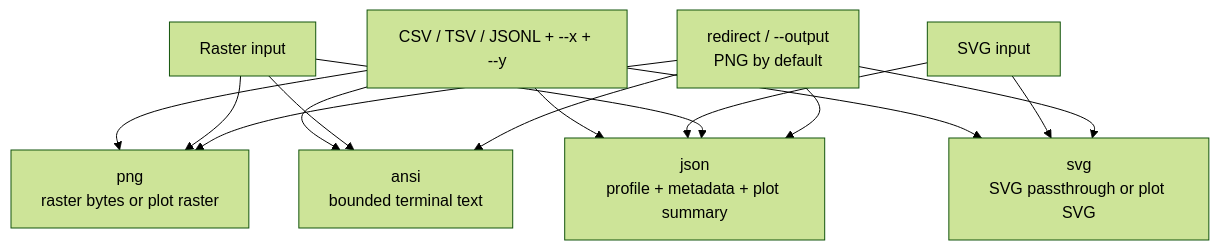
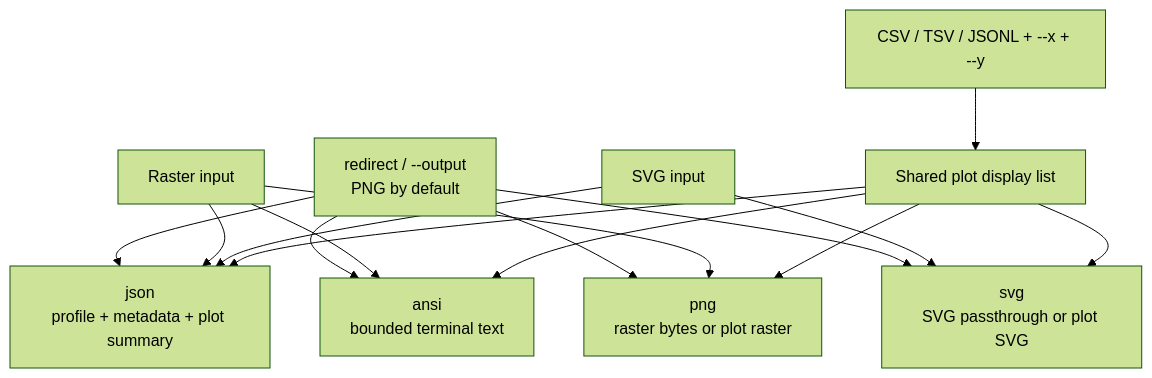
One commit to siriusctrl/termviz changed the third of 3 diagrams in README.md. Above: the diagram before and after it, drawn with Mermaid (forest theme). The commit also changed other lines of this file and 13 other files, not shown here.

First line of the commit message:
feat: share plot display list rendering

````diff
--- a/README.md
+++ b/README.md
@@ -175,19 +177,20 @@
 ```mermaid
 flowchart TD
     export["redirect / --output\nPNG by default"] --> png["png\nraster bytes or plot raster"]
     export --> json["json\nprofile + metadata + plot summary"]
     export --> ansi["ansi\nbounded terminal text"]
     export --> svg["svg\nSVG passthrough or plot SVG"]
 
     raster["Raster input"] --> json
     raster --> ansi
     raster --> png
 
     svg_input["SVG input"] --> json
     svg_input --> svg
 
-    plot["CSV / TSV / JSONL + --x + --y"] --> json
-    plot --> ansi
-    plot --> png
-    plot --> svg
+    plot["CSV / TSV / JSONL + --x + --y"] --> display_list["Shared plot display list"]
+    display_list --> json
+    display_list --> ansi
+    display_list --> png
+    display_list --> svg
 ```
````
